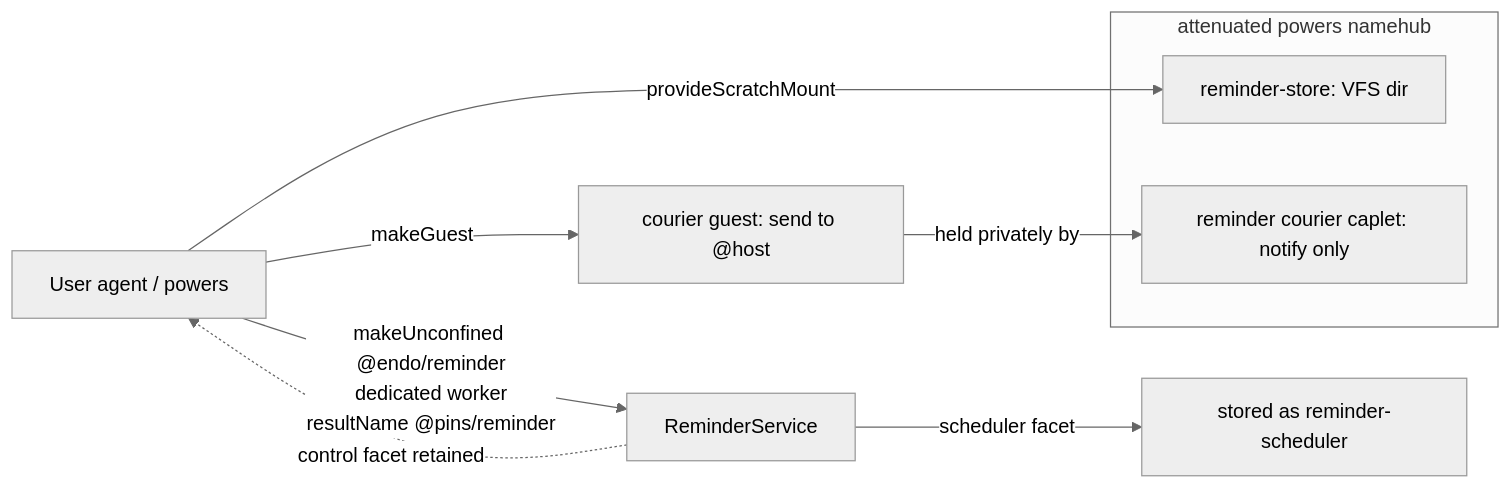
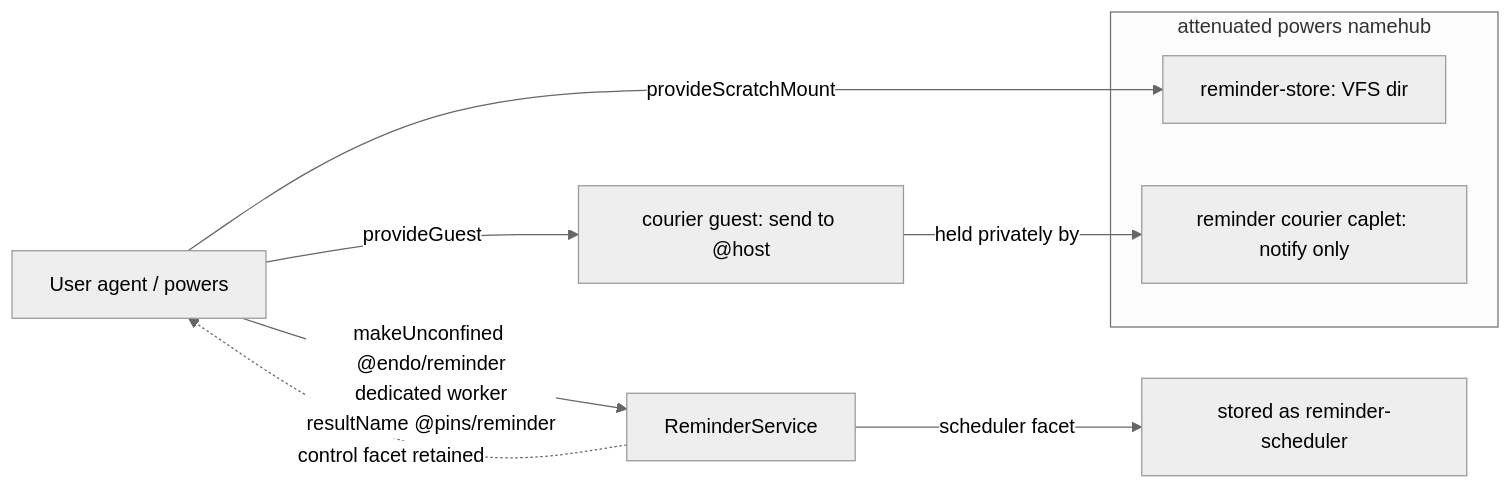
The second of 2 diagrams in designs/reminder-integration-chat.md (endojs/endo-but-for-bots), drawn with Mermaid (neutral theme) before and after one commit. The commit also changed other lines of this file, not shown here.

````diff
--- a/designs/reminder-integration-chat.md
+++ b/designs/reminder-integration-chat.md
@@ -179,14 +255,14 @@
 ```mermaid
 flowchart LR
     Agent[User agent / powers]
     Agent -->|provideScratchMount| Store[reminder-store: VFS dir]
-    Agent -->|makeGuest| Guest[courier guest: send to @host]
+    Agent -->|provideGuest| Guest[courier guest: send to @host]
     Guest -->|held privately by| Courier[reminder courier caplet: notify only]
     subgraph powersName[attenuated powers namehub]
       Store
       Courier
     end
     Agent -->|makeUnconfined @endo/reminder<br/>dedicated worker<br/>resultName @pins/reminder| Service[ReminderService]
     Service -->|scheduler facet| Scheduler[stored as reminder-scheduler]
     Service -.control facet retained.-> Agent
 ```
````
